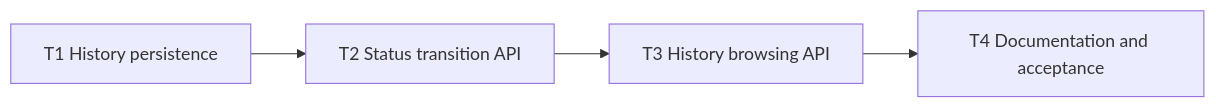
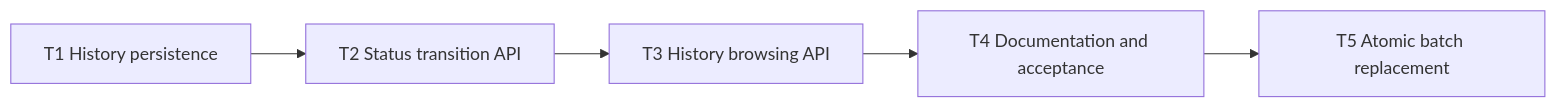
The diagram in .specs/inventory-status-transition/tasks.md (egorvel/rent-flow-inventory), drawn with Mermaid before and after one commit. The commit also changed other lines of this file and 18 other files, not shown here.

````diff
--- a/.specs/inventory-status-transition/tasks.md
+++ b/.specs/inventory-status-transition/tasks.md
@@ -30,6 +34,7 @@
 ```mermaid
 flowchart LR
     T1["T1 History persistence"] --> T2["T2 Status transition API"]
     T2 --> T3["T3 History browsing API"]
     T3 --> T4["T4 Documentation and acceptance"]
+    T4 --> T5["T5 Atomic batch replacement"]
 ```
````
